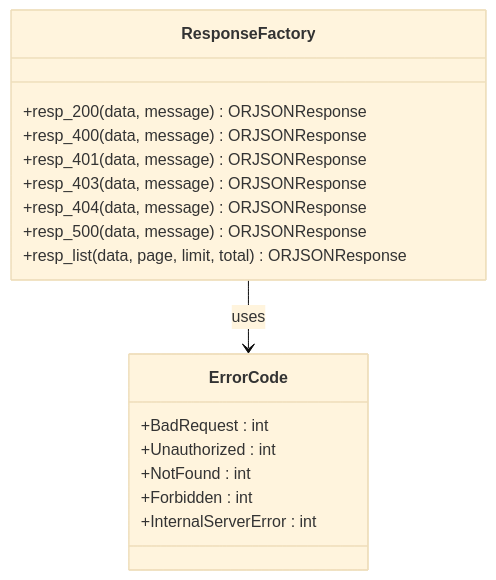
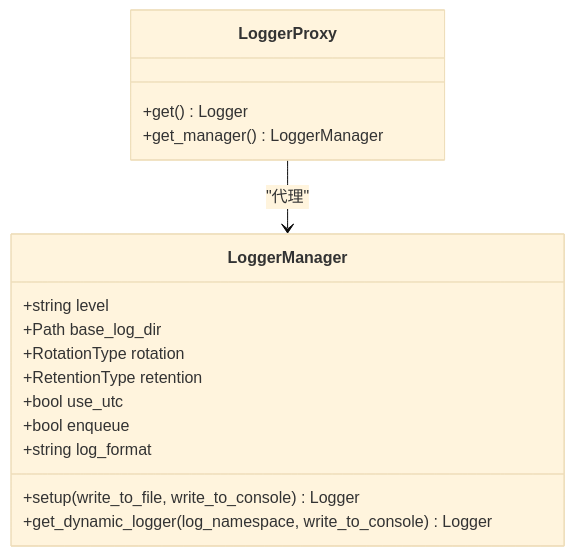
The fifth of 9 diagrams in .qoder/repowiki/zh/content/开发者指南.md (lilinzezzzzzz/fastapi-backend), drawn with Mermaid (base theme) before and after one commit. The commit also changed other lines of this file and 104 other files, not shown here.

````diff
--- a/.qoder/repowiki/zh/content/开发者指南.md
+++ b/.qoder/repowiki/zh/content/开发者指南.md
@@ -577,20 +246,19 @@
 ```mermaid
 classDiagram
-class ResponseFactory {
-+resp_200(data, message) ORJSONResponse
-+resp_400(data, message) ORJSONResponse
-+resp_401(data, message) ORJSONResponse
-+resp_403(data, message) ORJSONResponse
-+resp_404(data, message) ORJSONResponse
-+resp_500(data, message) ORJSONResponse
-+resp_list(data, page, limit, total) ORJSONResponse
+class LoggerManager {
++string level
++Path base_log_dir
++RotationType rotation
++RetentionType retention
++bool use_utc
++bool enqueue
++string log_format
++setup(write_to_file, write_to_console) Logger
++get_dynamic_logger(log_namespace, write_to_console) Logger
 }
-class ErrorCode {
-+BadRequest : int
-+Unauthorized : int
-+NotFound : int
-+Forbidden : int
-+InternalServerError : int
+class LoggerProxy {
++get() Logger
++get_manager() LoggerManager
 }
-ResponseFactory --> ErrorCode : uses
+LoggerProxy --> LoggerManager : "代理"
 ```
````
